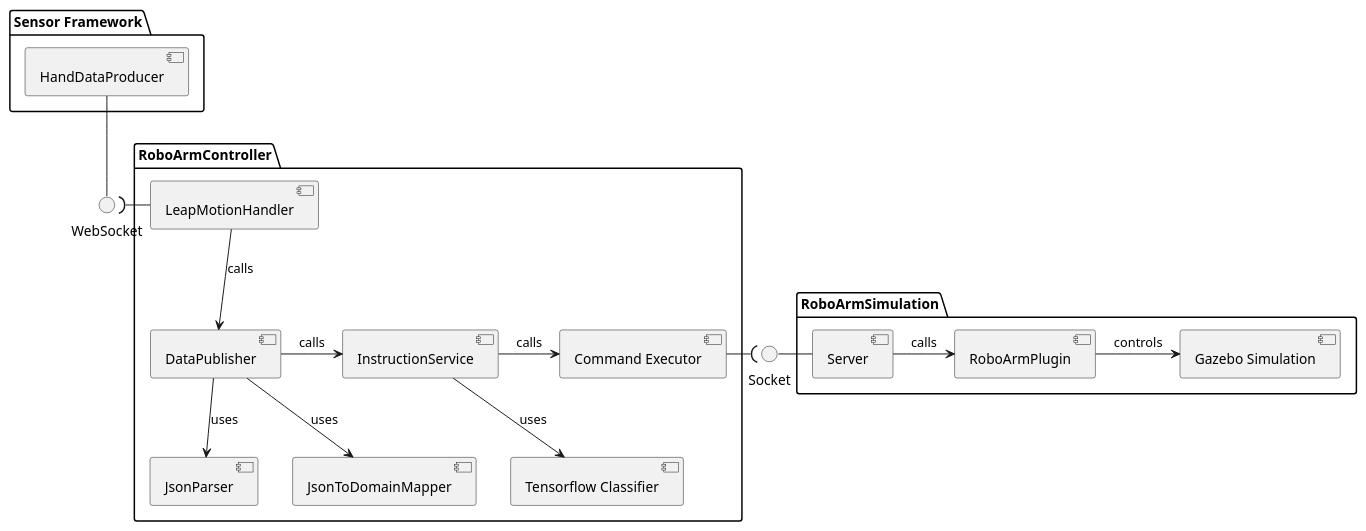
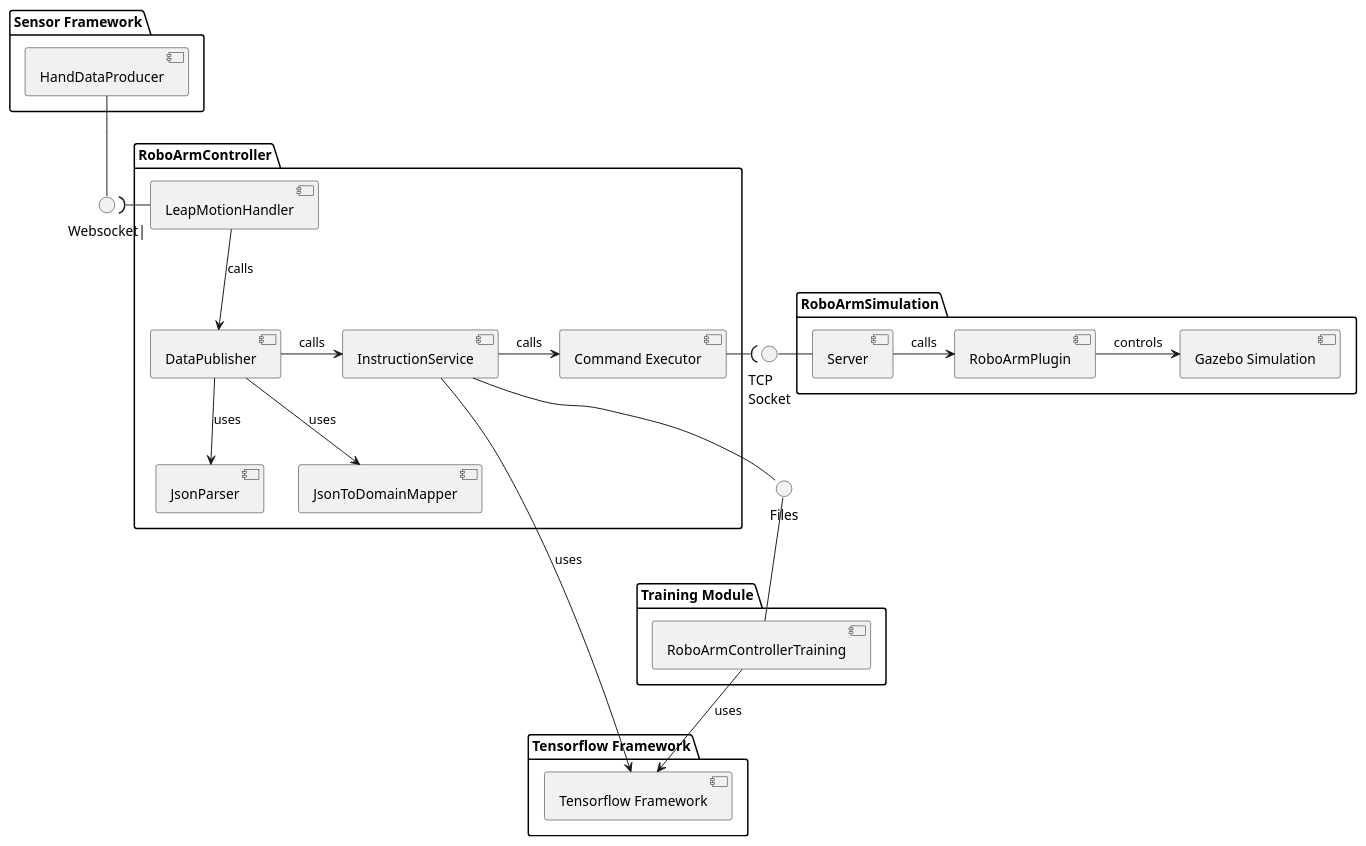
One commit to ellerenad/RoboArmController changed the diagram in src/architecture/components/components.puml. Above: the diagram before and after it, drawn with PlantUML. The commit also changed 1 other file, not shown here.

Commit message:
- Added Training Module.

```diff
--- a/src/architecture/components/components.puml
+++ b/src/architecture/components/components.puml
@@ -1,46 +1,58 @@
 @startuml
 
 package "Sensor Framework" {
     component "HandDataProducer" as HandDataProducer
 }
 
-interface "WebSocket" as WebSocketServer
-HandDataProducer -- WebSocketServer
+interface "Websocket|" as WebsocketServer
+HandDataProducer -- WebsocketServer
 
 package "RoboArmController" {
-
     component "LeapMotionHandler" as WebSocketClient
     component "DataPublisher" as DataPublisher
     component "JsonParser" as Parser
     component "JsonToDomainMapper" as Mapper
     component "InstructionService" as InstructionService
-    component "Tensorflow Classifier" as Classifier
     component "Command Executor" as CommandExecutor
 
-    WebSocketServer )- WebSocketClient
+    WebsocketServer )- WebSocketClient
     WebSocketClient --> DataPublisher: calls
     DataPublisher --> Parser: uses
     DataPublisher --> Mapper: uses
     DataPublisher -> InstructionService: calls
-    InstructionService --> Classifier: uses
     InstructionService -> CommandExecutor: calls
+}
+
+interface "TCP\nSocket" as SocketServer
+CommandExecutor -( SocketServer
+
+package "Tensorflow Framework" {
+    component "Tensorflow Framework" as MLFramework
+    InstructionService ----> MLFramework: uses
 
 }
 
-interface "Socket" as SocketServer
-CommandExecutor -( SocketServer
+package "Training Module" {
+    component "RoboArmControllerTraining" as ModelGenerator
+    ModelGenerator -> MLFramework: uses
+}
+
+interface "Files" as Files
+
+Files -- ModelGenerator
+InstructionService -- Files
 
 
 package RoboArmSimulation {
-
     component "Server" as InstructionServer
     component "Gazebo Simulation" as Simulation
     component "RoboArmPlugin" as ControllerPlugin
 
     InstructionServer -> ControllerPlugin: calls
     ControllerPlugin -> Simulation: controls
     SocketServer - InstructionServer
-
 }
 
+
+
 @enduml
```
